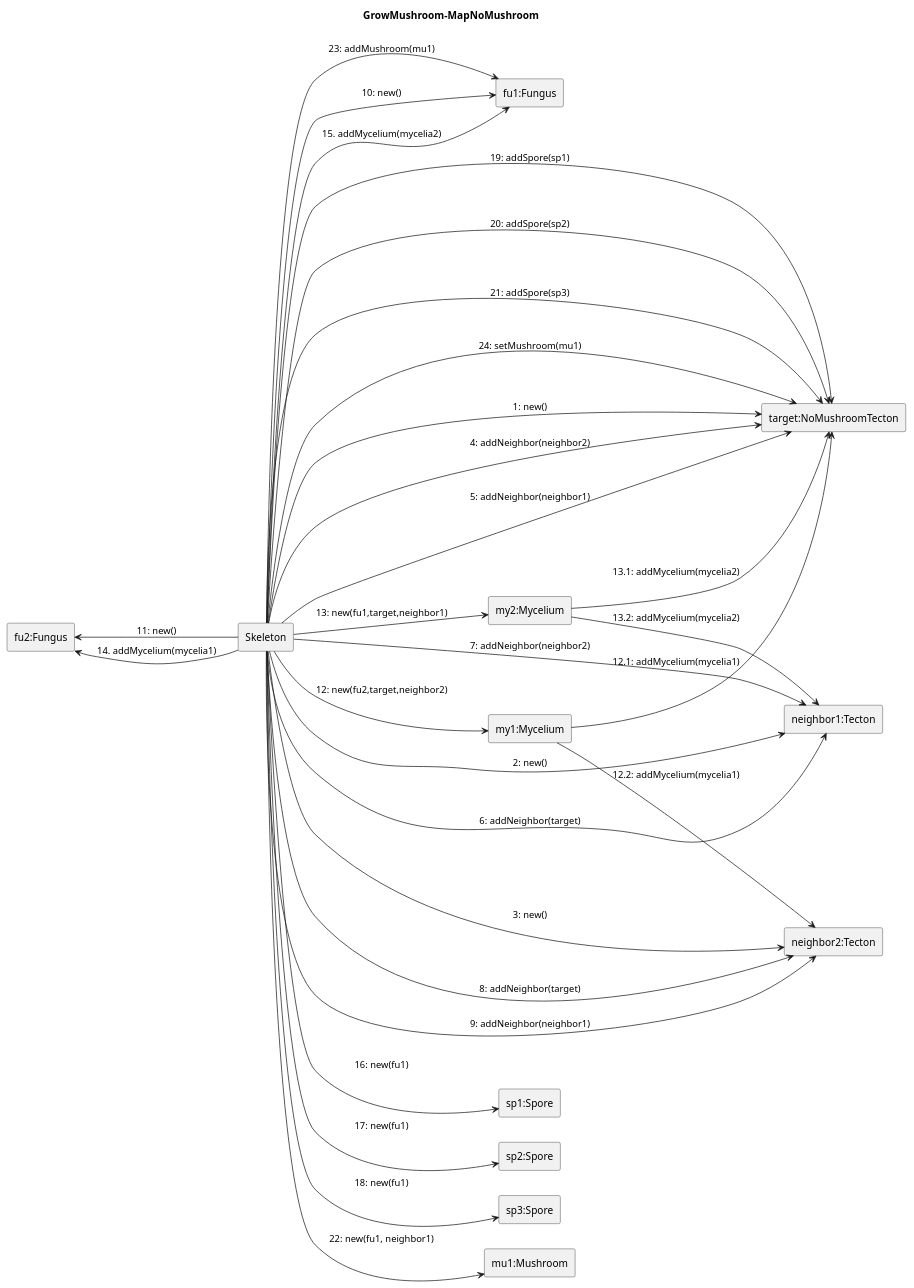
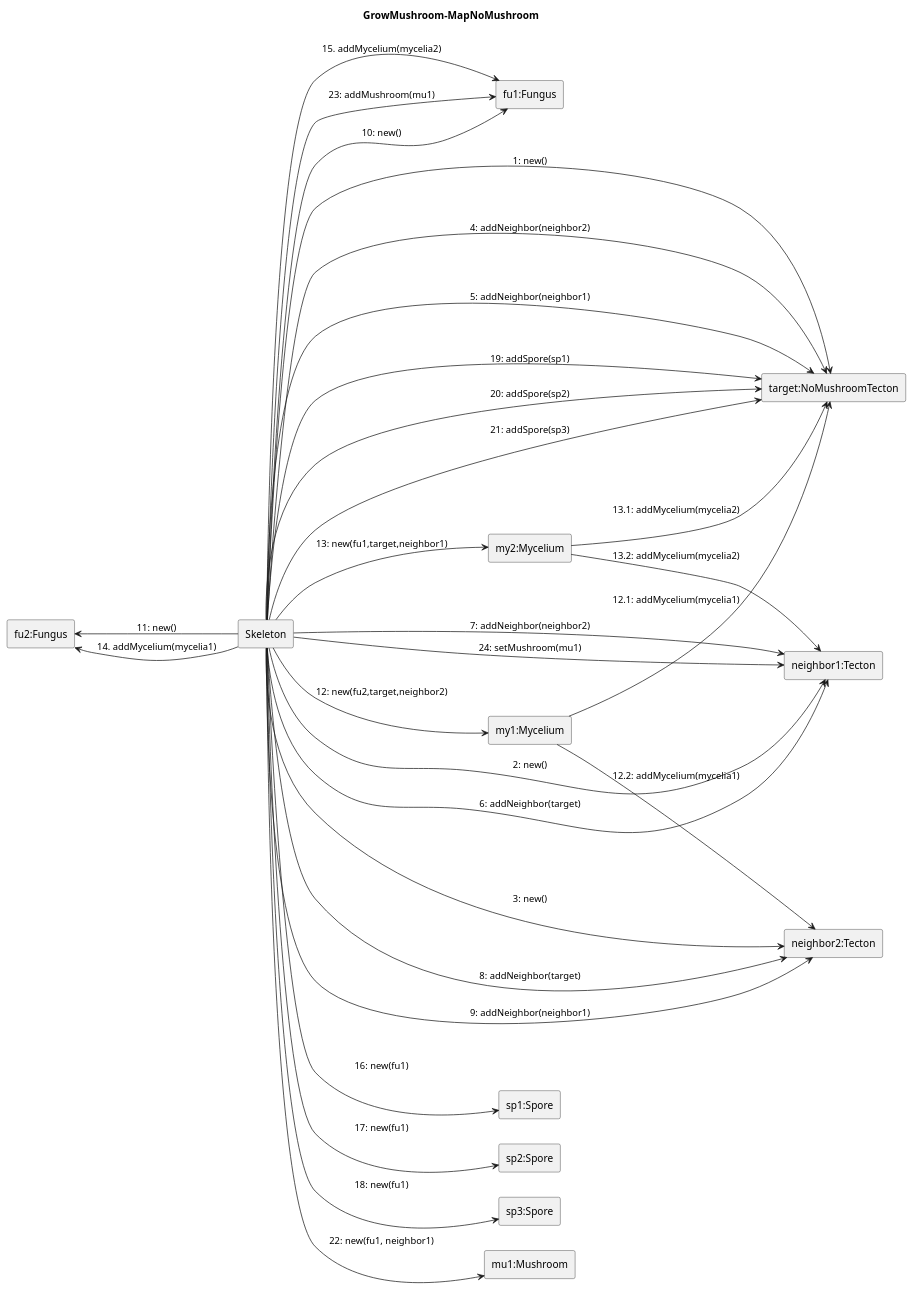
Before and after one commit to ZD4ve/projlab-error521: the diagram in Skeleton/Grow-mushroom/map-no-mushroom.puml, drawn with PlantUML. The commit also changed 4 other files, not shown here.

```diff
--- a/Skeleton/Grow-mushroom/map-no-mushroom.puml
+++ b/Skeleton/Grow-mushroom/map-no-mushroom.puml
@@ -1,55 +1,55 @@
 @startuml Grow-mushroom/map-no-mushroom
 left to right direction
 
 title GrowMushroom-MapNoMushroom
 
 rectangle Skeleton as S 
 
 rectangle "fu1:Fungus" as fu1
 rectangle "fu2:Fungus" as fu2
 rectangle "my1:Mycelium" as mycelia1
 rectangle "my2:Mycelium" as mycelia2
 rectangle "target:NoMushroomTecton" as tecton
 rectangle "neighbor1:Tecton" as neighbor1
 rectangle "neighbor2:Tecton" as neighbor2
 rectangle "sp1:Spore" as sp1
 rectangle "sp2:Spore" as sp2
 rectangle "sp3:Spore" as sp3
 rectangle "mu1:Mushroom" as mu1
 
 S --> tecton: 1: new()
 S --> neighbor1: 2: new()
 S --> neighbor2: 3: new()
 S --> tecton: 4: addNeighbor(neighbor2)
 S --> tecton: 5: addNeighbor(neighbor1)
 S --> neighbor1: 6: addNeighbor(target)
 S --> neighbor1: 7: addNeighbor(neighbor2)
 S --> neighbor2: 8: addNeighbor(target)
 S --> neighbor2: 9: addNeighbor(neighbor1)
 
 S -left-> fu1: 10: new()
 S -left-> fu2: 11: new()
 
 S --> mycelia1: 12: new(fu2,target,neighbor2)
 mycelia1 --> tecton: 12.1: addMycelium(mycelia1)
 mycelia1 --> neighbor2 : 12.2: addMycelium(mycelia1)
 
 S --> mycelia2: 13: new(fu1,target,neighbor1)
 mycelia2 --> tecton: 13.1: addMycelium(mycelia2)
 mycelia2 --> neighbor1 : 13.2: addMycelium(mycelia2)
 
 S --> fu2: 14. addMycelium(mycelia1)
 S --> fu1: 15. addMycelium(mycelia2)
 
 S --> sp1: 16: new(fu1)
 S --> sp2: 17: new(fu1)
 S --> sp3: 18: new(fu1)
 S --> tecton: 19: addSpore(sp1)
 S --> tecton: 20: addSpore(sp2)
 S --> tecton: 21: addSpore(sp3)
 
 S --> mu1: 22: new(fu1, neighbor1)
 S --> fu1: 23: addMushroom(mu1)
-S --> tecton: 24: setMushroom(mu1)
+S --> neighbor1: 24: setMushroom(mu1)
 
 @enduml
```
